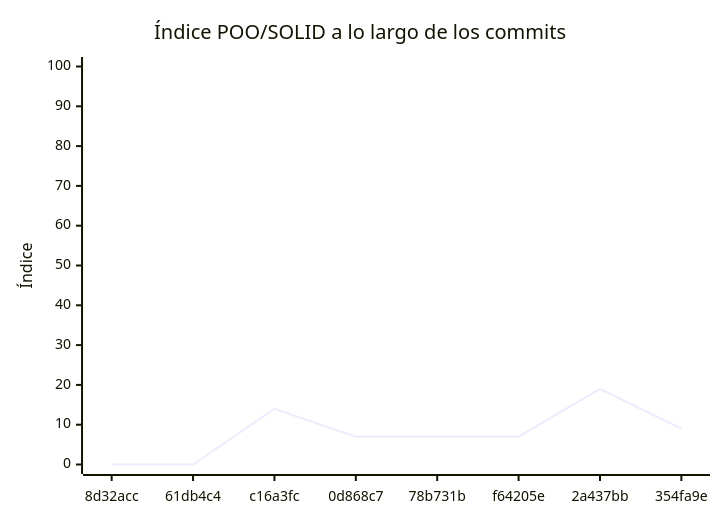
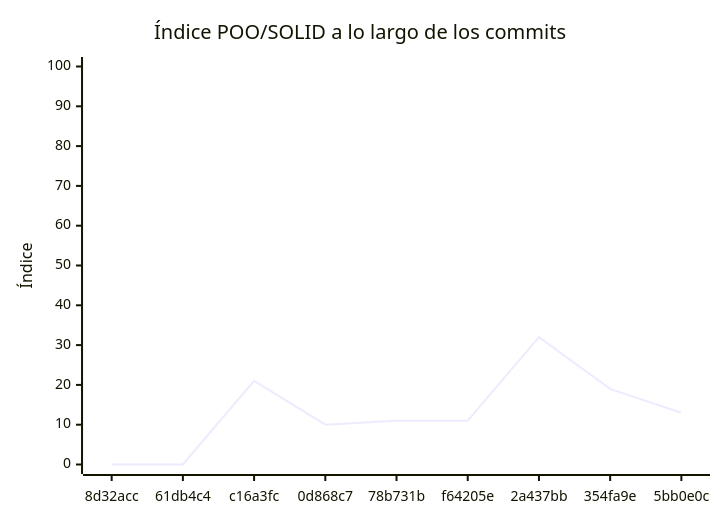
The diagram in docs/EVALUACION.md (LaMatanzaSA/SimuladorChoques777), drawn with Mermaid before and after one commit. The commit also changed other lines of this file and 1 other file, not shown here.

````diff
--- a/docs/EVALUACION.md
+++ b/docs/EVALUACION.md
@@ -240,7 +243,7 @@
 ```mermaid
 xychart-beta
     title "Índice POO/SOLID a lo largo de los commits"
-    x-axis ["8d32acc", "61db4c4", "c16a3fc", "0d868c7", "78b731b", "f64205e", "2a437bb", "354fa9e"]
+    x-axis ["8d32acc", "61db4c4", "c16a3fc", "0d868c7", "78b731b", "f64205e", "2a437bb", "354fa9e", "5bb0e0c"]
     y-axis "Índice" 0 --> 100
-    line [0, 0, 14, 7, 7, 7, 19, 9]
+    line [0, 0, 21, 10, 11, 11, 32, 19, 13]
 ```
````
